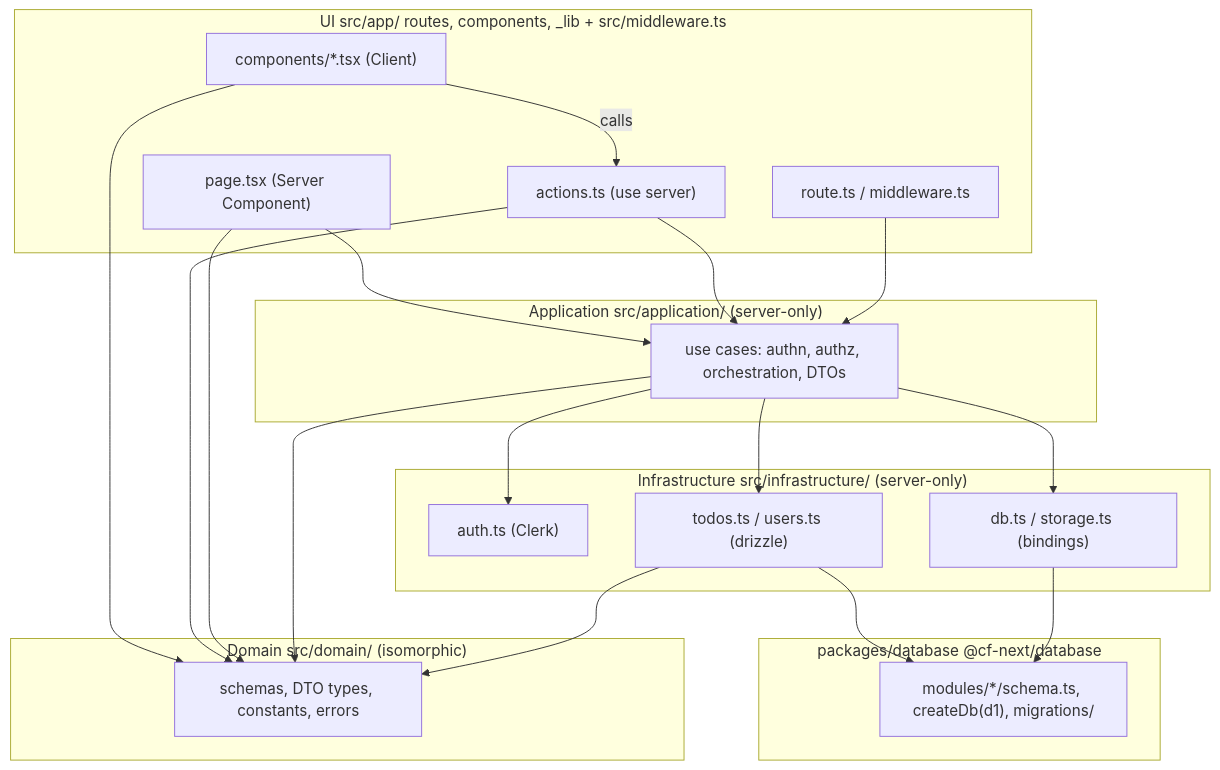
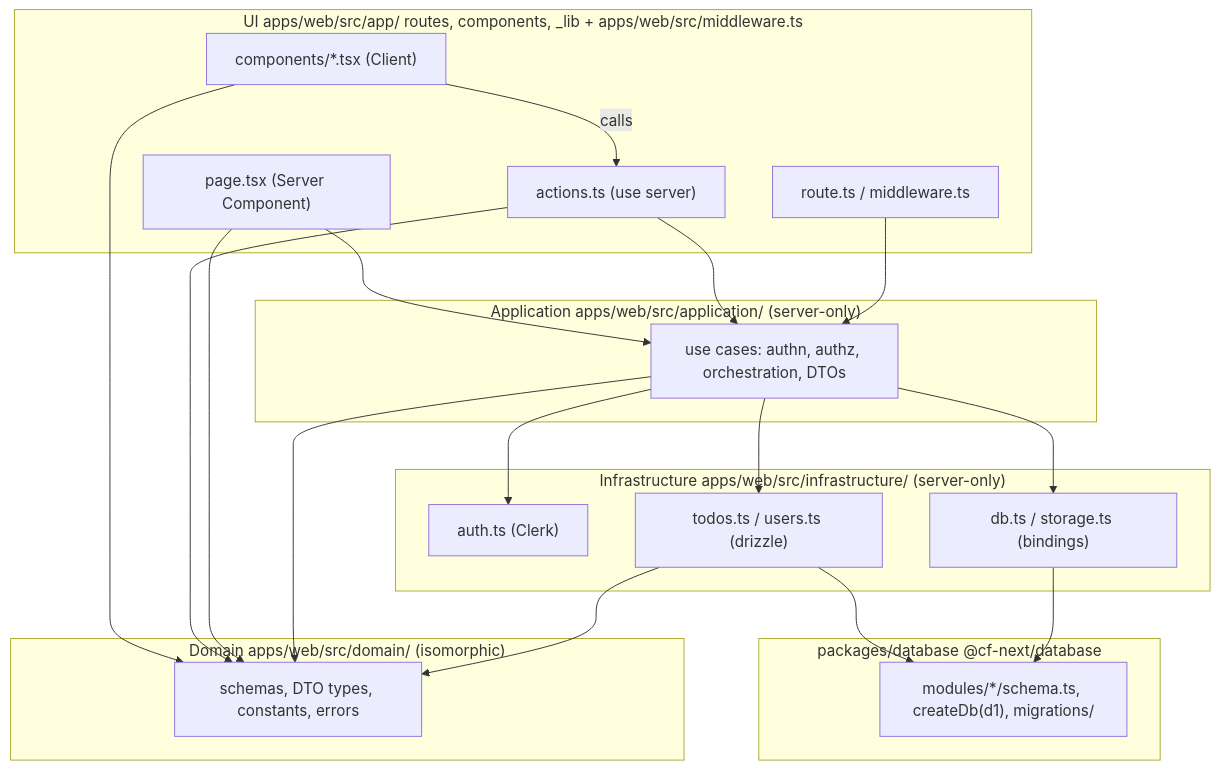
Before and after one commit to lilpacy/cloudflare-next-boilerplate: the first of 2 diagrams in ARCHITECTURE.md, drawn with Mermaid. The commit also changed other lines of this file and 87 other files, not shown here.

First line of the commit message:
refactor: move Next.js app into apps/web, managed by Nx (ADR-0004) (#22)

````diff
--- a/ARCHITECTURE.md
+++ b/ARCHITECTURE.md
@@ -33,37 +35,37 @@
 ```mermaid
 flowchart TB
-  subgraph UI["UI  src/app/ routes, components, _lib + src/middleware.ts"]
+  subgraph UI["UI  apps/web/src/app/ routes, components, _lib + apps/web/src/middleware.ts"]
     P["page.tsx (Server Component)"]
     C["components/*.tsx (Client)"]
     A["actions.ts (use server)"]
     R["route.ts / middleware.ts"]
   end
-  subgraph APP["Application  src/application/ (server-only)"]
+  subgraph APP["Application  apps/web/src/application/ (server-only)"]
     S["use cases: authn, authz, orchestration, DTOs"]
   end
-  subgraph INF["Infrastructure  src/infrastructure/ (server-only)"]
+  subgraph INF["Infrastructure  apps/web/src/infrastructure/ (server-only)"]
     I1["auth.ts (Clerk)"]
     I2["todos.ts / users.ts (drizzle)"]
     I3["db.ts / storage.ts (bindings)"]
   end
   subgraph PKG["packages/database  @cf-next/database"]
     T["modules/*/schema.ts, createDb(d1), migrations/"]
   end
-  subgraph DOM["Domain  src/domain/ (isomorphic)"]
+  subgraph DOM["Domain  apps/web/src/domain/ (isomorphic)"]
     D["schemas, DTO types, constants, errors"]
   end
   C -->|"calls"| A
   P --> S
   A --> S
   R --> S
   S --> I1
   S --> I2
   S --> I3
   C --> D
   A --> D
   P --> D
   S --> D
   I2 --> D
   I2 --> T
   I3 --> T
 ```
````
